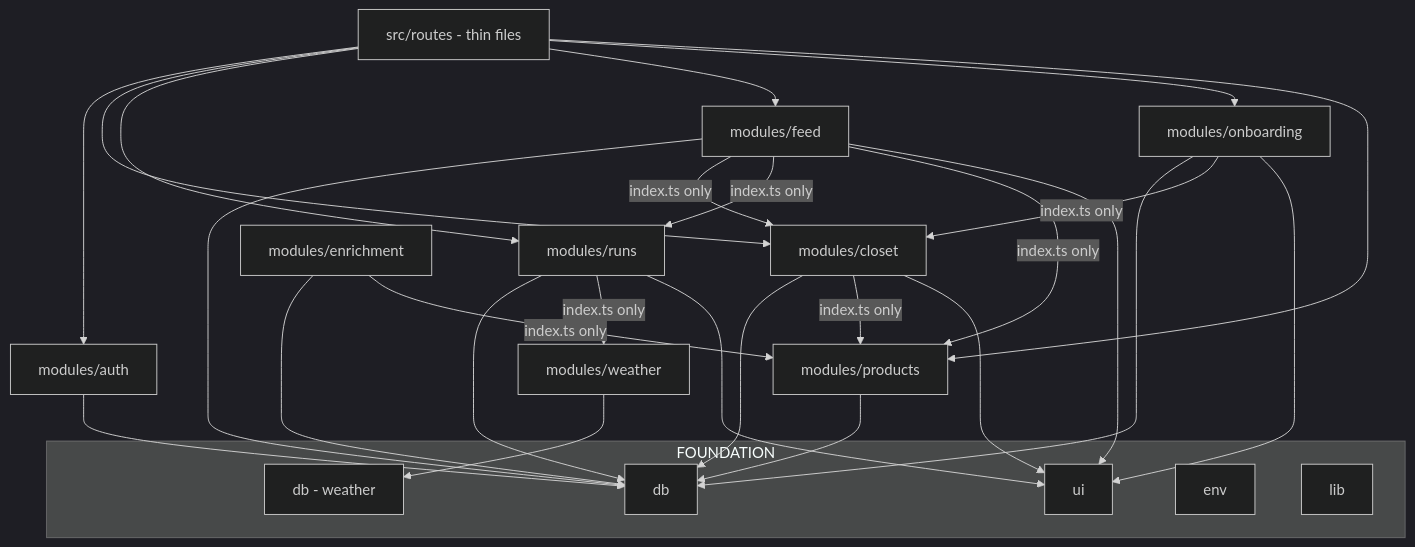
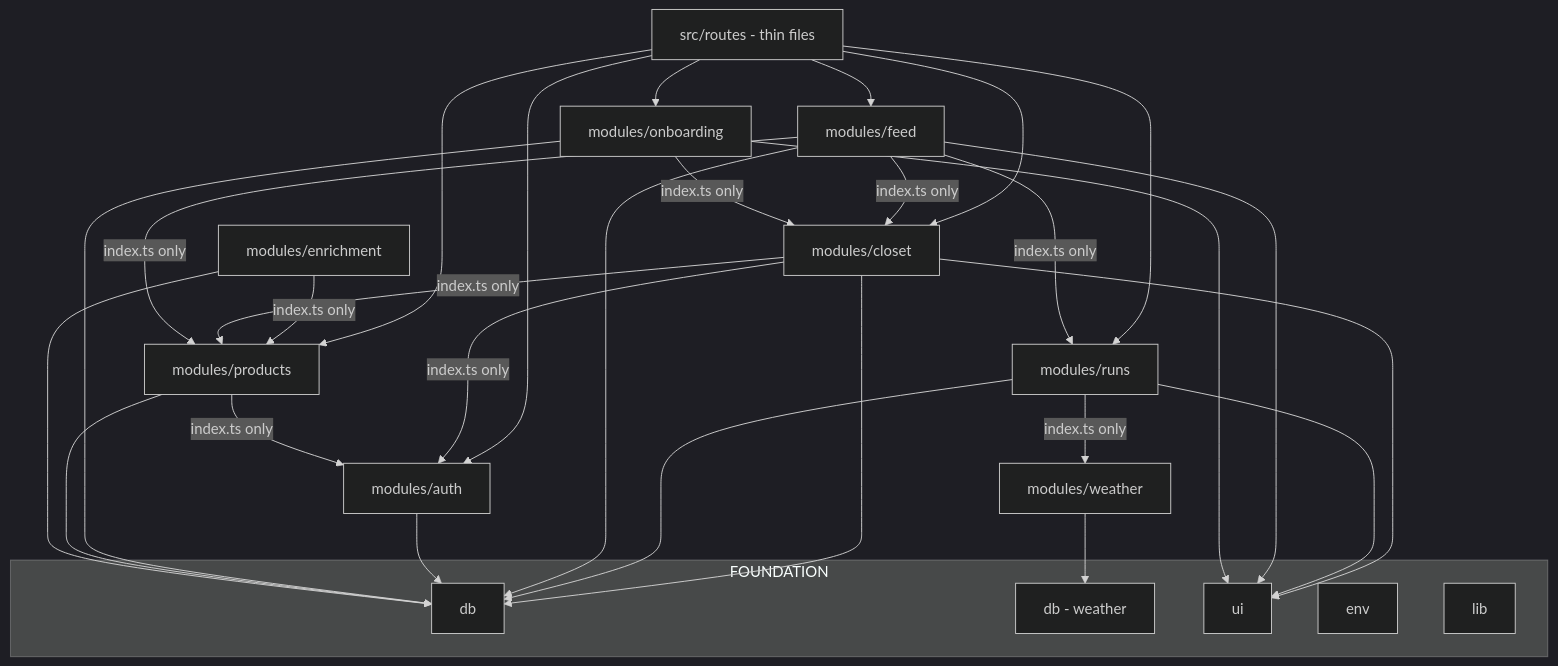
Before and after one commit to ddteeter/dialed.run: the second of 4 diagrams in docs/architecture.md, drawn with Mermaid (dark theme). The commit also changed other lines of this file and 8 other files, not shown here.

````diff
--- a/docs/architecture.md
+++ b/docs/architecture.md
@@ -75,39 +75,41 @@
 ```mermaid
 flowchart TD
     ROUTES[src/routes - thin files] --> AUTH[modules/auth]
     ROUTES --> CLOSET[modules/closet]
     ROUTES --> RUNS[modules/runs]
     ROUTES --> FEED[modules/feed]
     ROUTES --> ONB[modules/onboarding]
     ROUTES --> PROD[modules/products]
 
     CLOSET --> DB[db]
     RUNS --> DB
     FEED --> DB
     AUTH --> DB
     ONB --> DB
     PROD --> DB
     ENR[modules/enrichment] --> DB
     ENR -->|index.ts only| PROD
     WX[modules/weather] --> DBW[db - weather]
 
     RUNS -->|index.ts only| WX
     FEED -->|index.ts only| CLOSET
     FEED -->|index.ts only| RUNS
     ONB -->|index.ts only| CLOSET
     CLOSET -->|index.ts only| PROD
     FEED -->|index.ts only| PROD
+    CLOSET -->|index.ts only| AUTH
+    PROD -->|index.ts only| AUTH
 
     CLOSET --> UI[ui]
     RUNS --> UI
     FEED --> UI
     ONB --> UI
 
     subgraph FOUNDATION
         DB
         DBW
         UI
         ENV[env]
         LIB[lib]
     end
 ```
````
